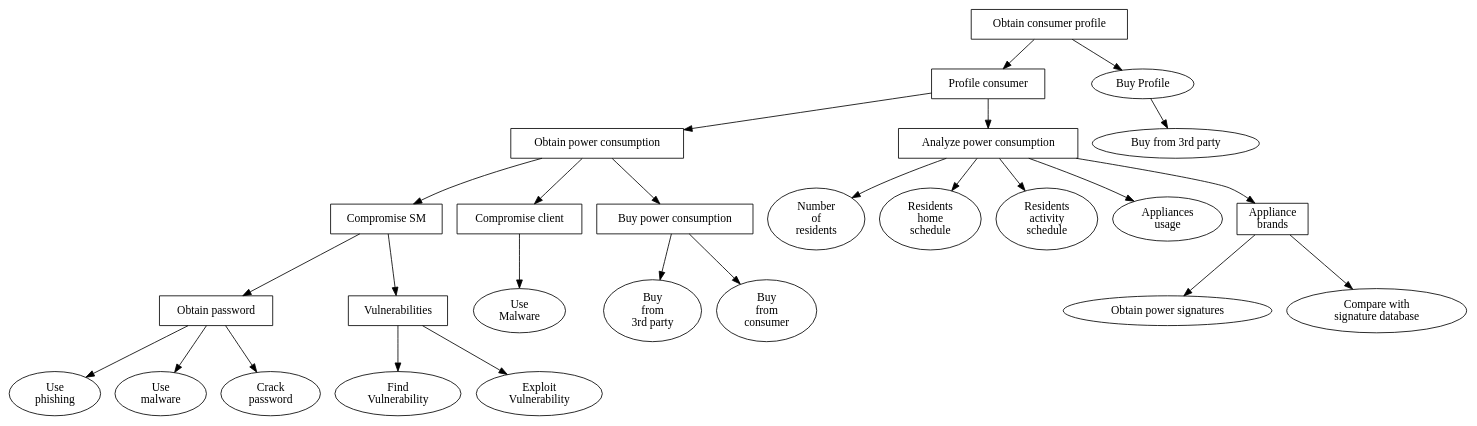
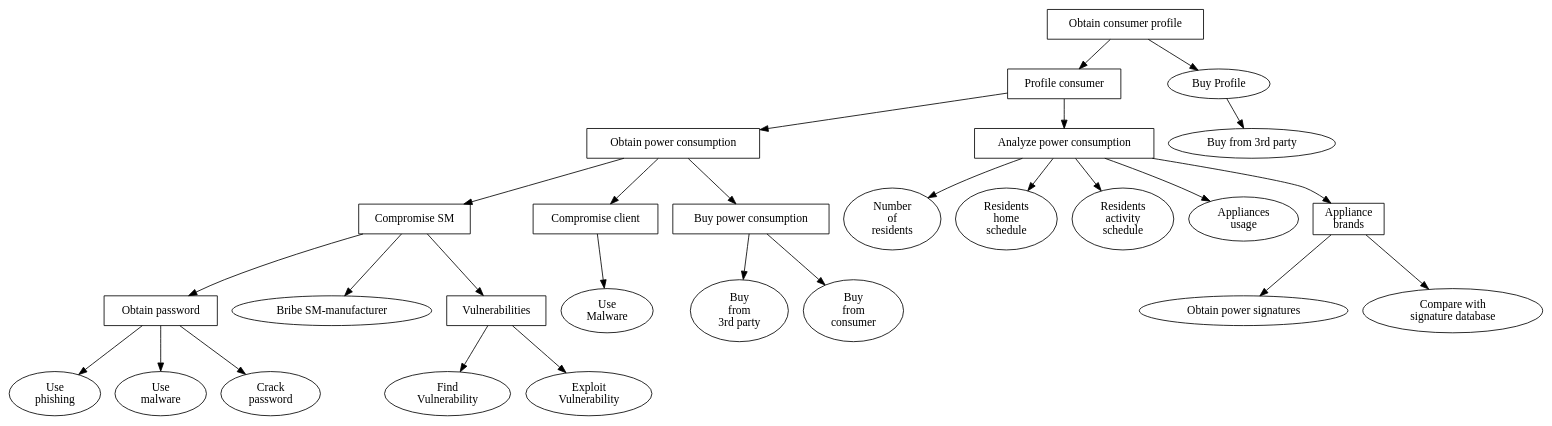
Before and after one commit to des904e15/report: the diagram in figures/graphviz/information_stealing_vs_consumer_tree.dot, drawn with Graphviz. The commit also changed 9 other files, not shown here.

```diff
--- a/figures/graphviz/information_stealing_vs_consumer_tree.dot
+++ b/figures/graphviz/information_stealing_vs_consumer_tree.dot
@@ -1,61 +1,64 @@
 digraph G{
 	node [style=filled fillcolor=white]
 
 	root[label="Obtain consumer profile",shape=OR];	
 
 	root -> profile;
 	buyProfile[label="Buy Profile"];
 	root -> buyProfile;
 
 	buy_third_party2[label="Buy from 3rd party"];
 	buyProfile ->  buy_third_party2;
 
 	profile[label="Profile consumer",shape=AND];
 
 	obtain_information[label="Obtain power consumption",shape=OR];
 	analyse_power_consumption[label="Analyze power consumption",shape=OR];
 
 	compromise_sm[label="Compromise SM",shape=OR];
+	obtainPassword[label="Obtain password",shape=OR];
+	bribe[label="Bribe SM-manufacturer"];
+    compromise_sm ->bribe;
 	compromise_sm -> obtainPassword;
 	exploitVulnerability[label="Vulnerabilities"];
 		compromise_sm -> exploitVulnerability;
 
-		obtainPassword[label="Obtain password",shape=OR];
+		
 		phishing[label="Use\nphishing"];
 		obtainPassword -> phishing;
 		malware2[label="Use\nmalware"];
 		obtainPassword -> malware2;
 		crackPassword[label="Crack\npassword"];
 		obtainPassword -> crackPassword;
 
 		exploitVulnerability[shape=AND];
 		findVuln[label="Find\nVulnerability"];
 		exploitVulnerability -> findVuln;
 		exploitVuln[label="Exploit\nVulnerability"];
 		exploitVulnerability -> exploitVuln;
 
 		hack_client[label="Compromise client",shape=OR];
 		buy_information[label="Buy power consumption",shape=OR];
 	residents[label="Number\nof\nresidents"];
 	home[label="Residents\nhome\nschedule"];
 	activity_residents[label="Residents\nactivity\nschedule"];
 	when_appl[label="Appliances\nusage"];
 	what_appl[label="Appliance\nbrands",shape=AND];
 
 	buy_third_party[label="Buy\nfrom\n3rd party"];
 	buy_from_consumer[label="Buy\nfrom\nconsumer"];
 	
 	malware[label="Use\nMalware"];
 	power_signatures[label="Obtain power signatures"];
 	power_compare[label="Compare with \nsignature database"];
 	
 
 	profile -> obtain_information, analyse_power_consumption;
 	obtain_information -> compromise_sm, hack_client, buy_information;
 	analyse_power_consumption ->  residents, activity_residents, home, when_appl, what_appl;
 	buy_information -> buy_third_party, buy_from_consumer;
 	hack_client -> malware;
 
 	what_appl -> power_signatures, power_compare;
 	
 	}
```
